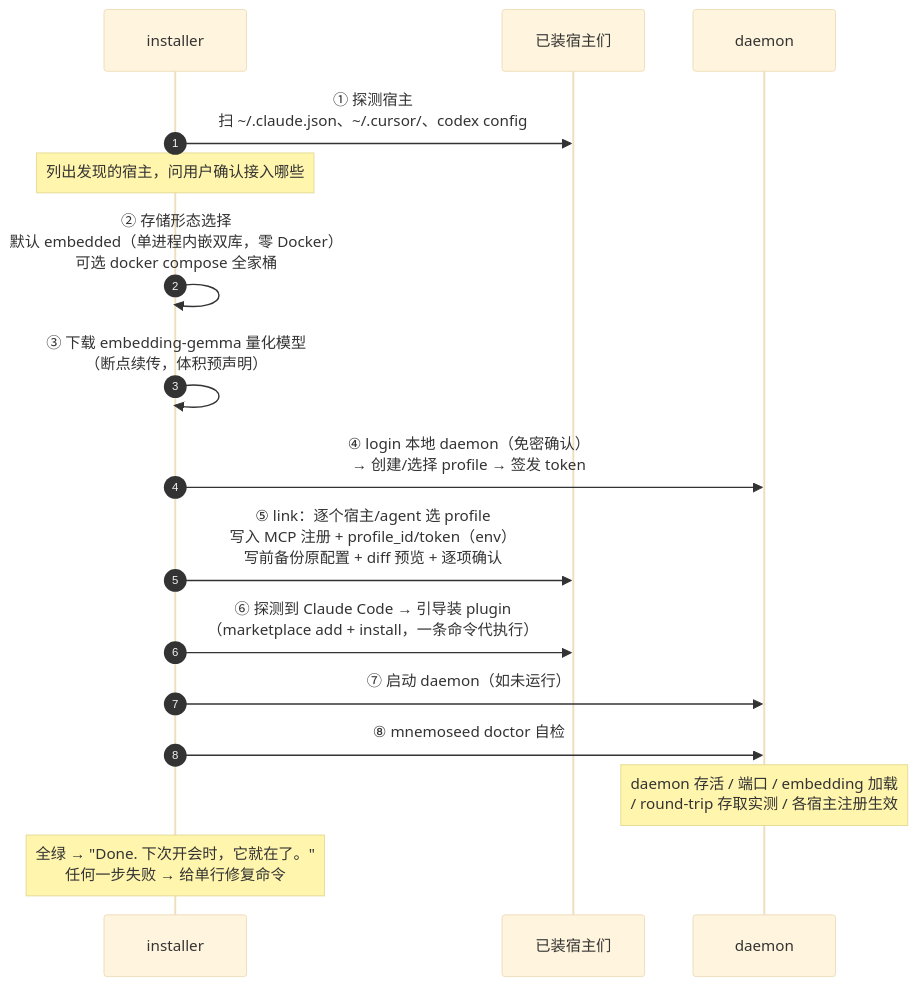
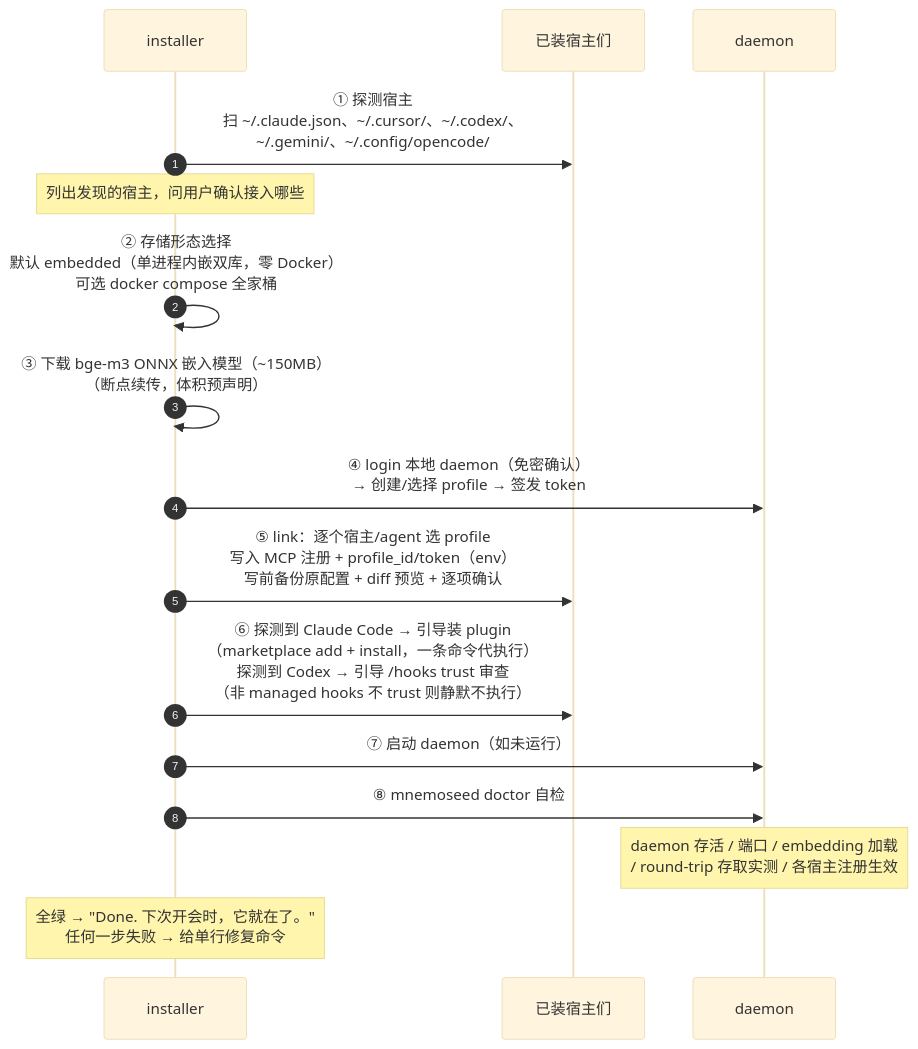
Before and after one commit to MnemoSeed/mnemoseed: the fourth of 5 diagrams in docs/design/06-接入与安装体验.md, drawn with Mermaid (base theme). The commit also changed other lines of this file and 2 other files, not shown here.

````diff
--- a/docs/design/06-接入与安装体验.md
+++ b/docs/design/06-接入与安装体验.md
@@ -144,18 +186,18 @@
 ```mermaid
 sequenceDiagram
     autonumber
     participant I as installer
     participant H as 已装宿主们
     participant D as daemon
-    I->>H: ① 探测宿主<br/>扫 ~/.claude.json、~/.cursor/、codex config
+    I->>H: ① 探测宿主<br/>扫 ~/.claude.json、~/.cursor/、~/.codex/、<br/>~/.gemini/、~/.config/opencode/
     Note over I: 列出发现的宿主，问用户确认接入哪些
     I->>I: ② 存储形态选择<br/>默认 embedded（单进程内嵌双库，零 Docker）<br/>可选 docker compose 全家桶
-    I->>I: ③ 下载 embedding-gemma 量化模型<br/>（断点续传，体积预声明）
+    I->>I: ③ 下载 bge-m3 ONNX 嵌入模型（~150MB）<br/>（断点续传，体积预声明）
     I->>D: ④ login 本地 daemon（免密确认）<br/>→ 创建/选择 profile → 签发 token
     I->>H: ⑤ link：逐个宿主/agent 选 profile<br/>写入 MCP 注册 + profile_id/token（env）<br/>写前备份原配置 + diff 预览 + 逐项确认
-    I->>H: ⑥ 探测到 Claude Code → 引导装 plugin<br/>（marketplace add + install，一条命令代执行）
+    I->>H: ⑥ 探测到 Claude Code → 引导装 plugin<br/>（marketplace add + install，一条命令代执行）<br/>探测到 Codex → 引导 /hooks trust 审查<br/>（非 managed hooks 不 trust 则静默不执行）
     I->>D: ⑦ 启动 daemon（如未运行）
     I->>D: ⑧ mnemoseed doctor 自检
     Note over D: daemon 存活 / 端口 / embedding 加载<br/>/ round-trip 存取实测 / 各宿主注册生效
     Note over I: 全绿 → "Done. 下次开会时，它就在了。"<br/>任何一步失败 → 给单行修复命令
 ```
````
